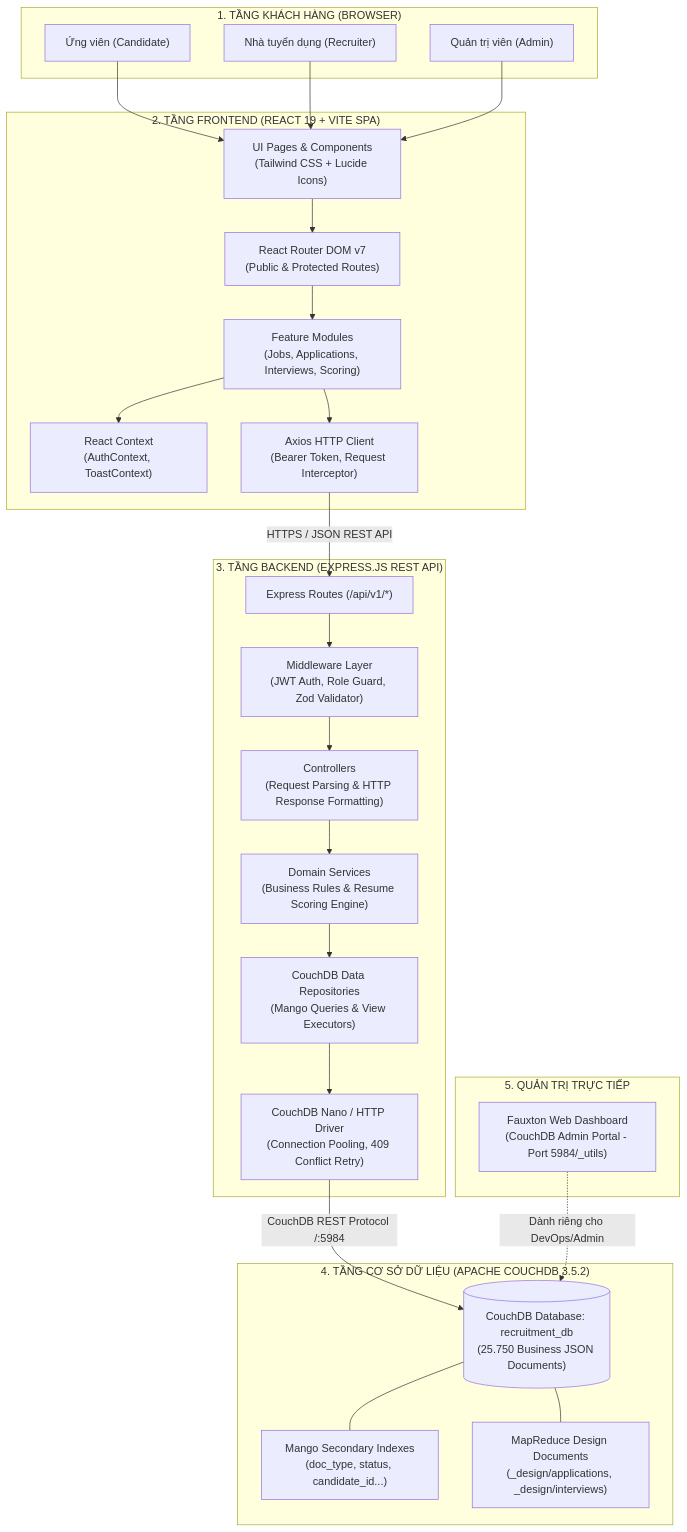
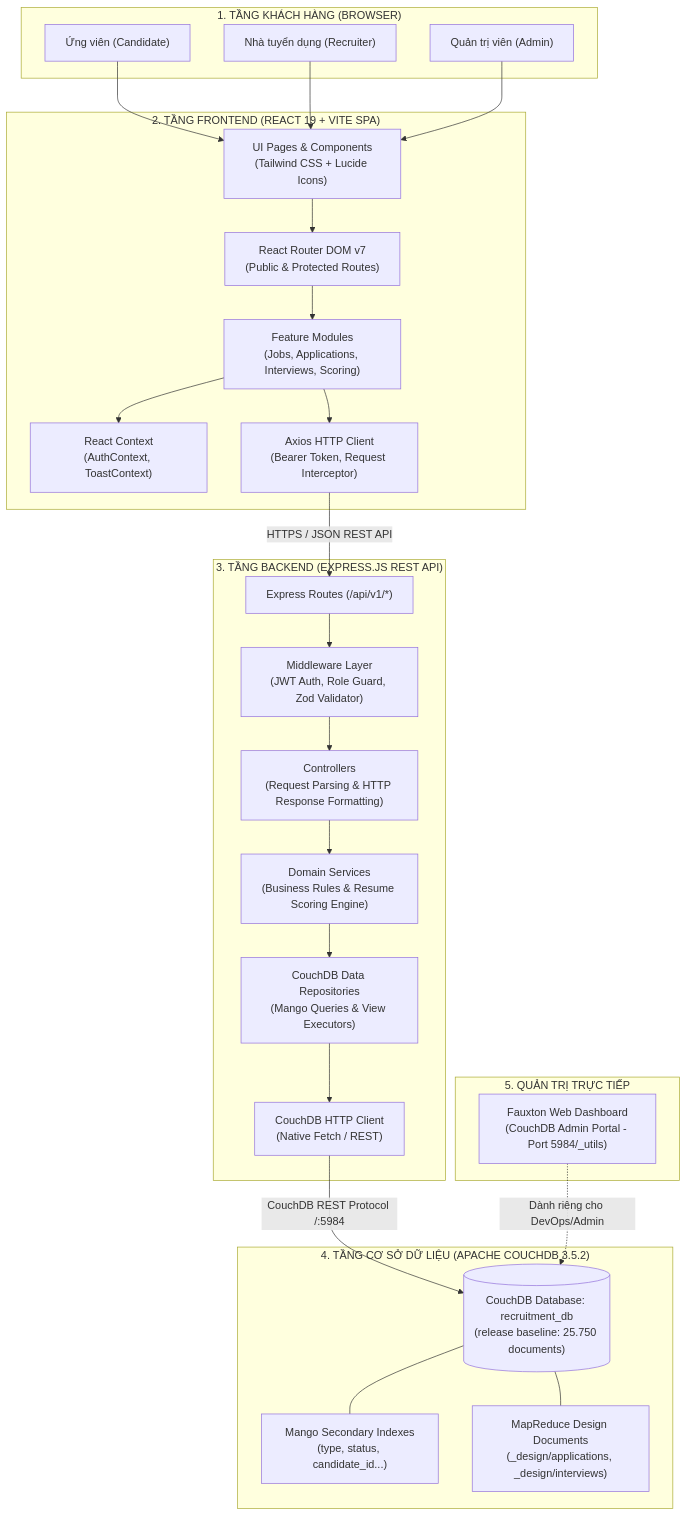
Before and after one commit to HuynhDoHoangNguyen/recruithub-nosql: the first of 3 diagrams in ARCHITECTURE.md, drawn with Mermaid. The commit also changed other lines of this file and 45 other files, not shown here.

````diff
--- a/ARCHITECTURE.md
+++ b/ARCHITECTURE.md
@@ -19,52 +17,52 @@
 ```mermaid
 flowchart TD
     subgraph ClientLayer["1. TẦNG KHÁCH HÀNG (BROWSER)"]
         U_Cand["Ứng viên (Candidate)"]
         U_Rec["Nhà tuyển dụng (Recruiter)"]
         U_Adm["Quản trị viên (Admin)"]
     end
 
     subgraph FrontendLayer["2. TẦNG FRONTEND (REACT 19 + VITE SPA)"]
         UI["UI Pages & Components<br/>(Tailwind CSS + Lucide Icons)"]
         Router["React Router DOM v7<br/>(Public & Protected Routes)"]
         Ctx["React Context<br/>(AuthContext, ToastContext)"]
         Features["Feature Modules<br/>(Jobs, Applications, Interviews, Scoring)"]
         AxiosClient["Axios HTTP Client<br/>(Bearer Token, Request Interceptor)"]
         
         UI --> Router
         Router --> Features
         Features --> Ctx
         Features --> AxiosClient
     end
 
     subgraph BackendLayer["3. TẦNG BACKEND (EXPRESS.JS REST API)"]
         Routes["Express Routes (/api/v1/*)"]
         MW["Middleware Layer<br/>(JWT Auth, Role Guard, Zod Validator)"]
         Ctrl["Controllers<br/>(Request Parsing & HTTP Response Formatting)"]
         Svc["Domain Services<br/>(Business Rules & Resume Scoring Engine)"]
         Repo["CouchDB Data Repositories<br/>(Mango Queries & View Executors)"]
-        CouchClient["CouchDB Nano / HTTP Driver<br/>(Connection Pooling, 409 Conflict Retry)"]
+        CouchClient["CouchDB HTTP Client<br/>(Native Fetch / REST)"]
         
         Routes --> MW --> Ctrl --> Svc --> Repo --> CouchClient
     end
 
     subgraph DatabaseLayer["4. TẦNG CƠ SỞ DỮ LIỆU (APACHE COUCHDB 3.5.2)"]
-        DB[("CouchDB Database: recruitment_db<br/>(25.750 Business JSON Documents)")]
-        MangoIdx["Mango Secondary Indexes<br/>(doc_type, status, candidate_id...)"]
+        DB[("CouchDB Database: recruitment_db<br/>(release baseline: 25.750 documents)")]
+        MangoIdx["Mango Secondary Indexes<br/>(type, status, candidate_id...)"]
         Views["MapReduce Design Documents<br/>(_design/applications, _design/interviews)"]
         
         DB --- MangoIdx
         DB --- Views
     end
 
     subgraph AdminGUI["5. QUẢN TRỊ TRỰC TIẾP"]
         Fauxton["Fauxton Web Dashboard<br/>(CouchDB Admin Portal - Port 5984/_utils)"]
     end
 
     U_Cand --> UI
     U_Rec --> UI
     U_Adm --> UI
     AxiosClient -->|HTTPS / JSON REST API| Routes
     CouchClient -->|CouchDB REST Protocol /:5984| DB
     Fauxton -.->|Dành riêng cho DevOps/Admin| DB
 ```
````
